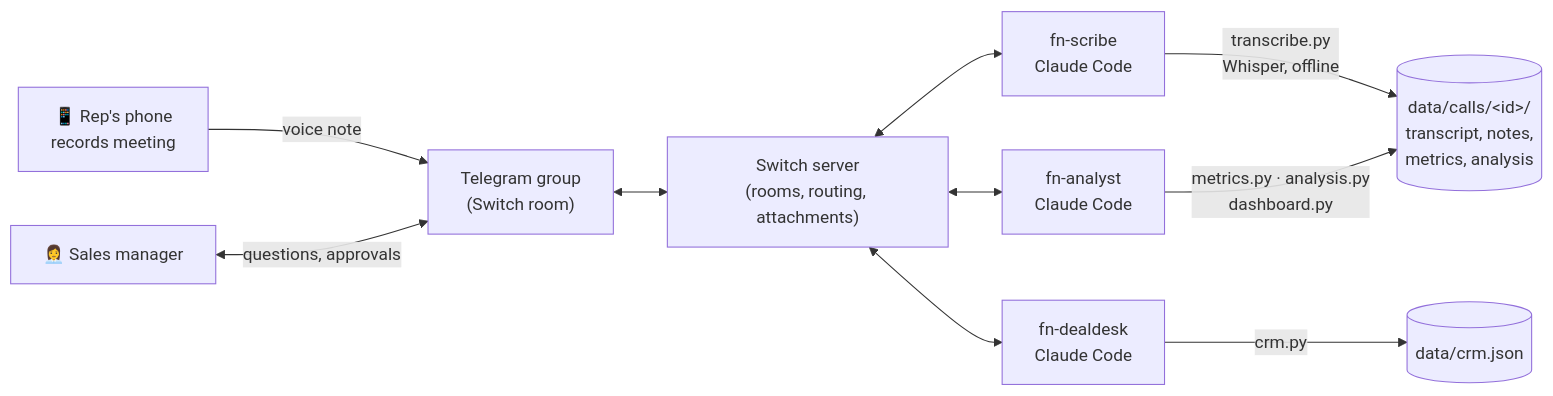
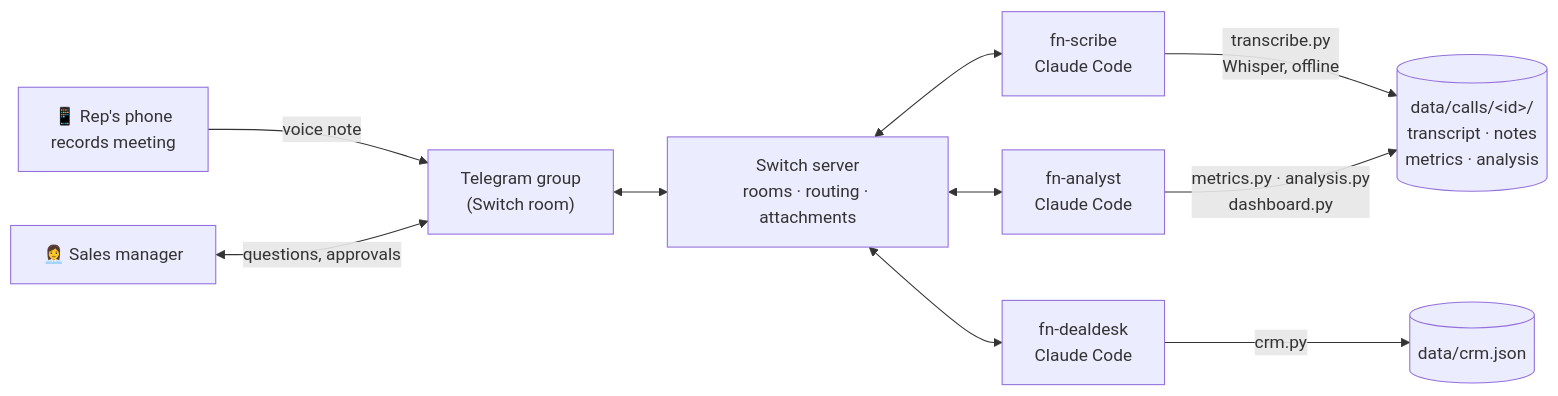
Before and after one commit to Dupahar/FieldNotes: the diagram in README.md, drawn with Mermaid. The commit also changed other lines of this file and 5 other files, not shown here.

````diff
--- a/README.md
+++ b/README.md
@@ -59,12 +96,12 @@
 ```mermaid
 flowchart LR
     Rep["📱 Rep's phone<br/>records meeting"] -->|voice note| TG["Telegram group<br/>(Switch room)"]
     Mgr["👩‍💼 Sales manager"] <-->|questions, approvals| TG
-    TG <--> SW["Switch server<br/>(rooms, routing, attachments)"]
+    TG <--> SW["Switch server<br/>rooms · routing · attachments"]
     SW <--> S["fn-scribe<br/>Claude Code"]
     SW <--> A["fn-analyst<br/>Claude Code"]
     SW <--> D["fn-dealdesk<br/>Claude Code"]
-    S -->|transcribe.py<br/>Whisper, offline| FS[("data/calls/&lt;id&gt;/<br/>transcript, notes,<br/>metrics, analysis")]
+    S -->|transcribe.py<br/>Whisper, offline| FS[("data/calls/&lt;id&gt;/<br/>transcript · notes<br/>metrics · analysis")]
     A -->|metrics.py · analysis.py<br/>dashboard.py| FS
     D -->|crm.py| CRM[("data/crm.json")]
 ```
````
